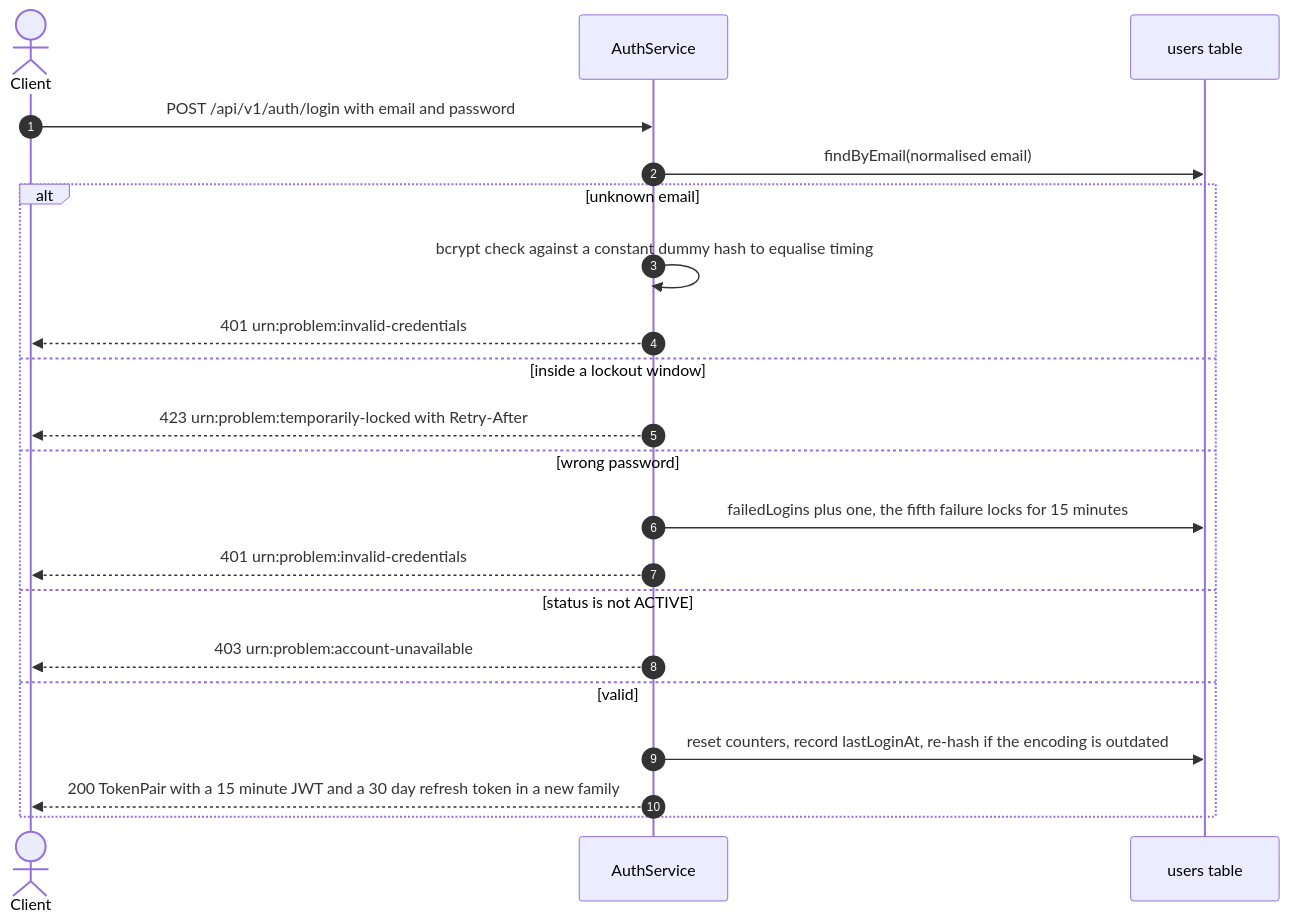
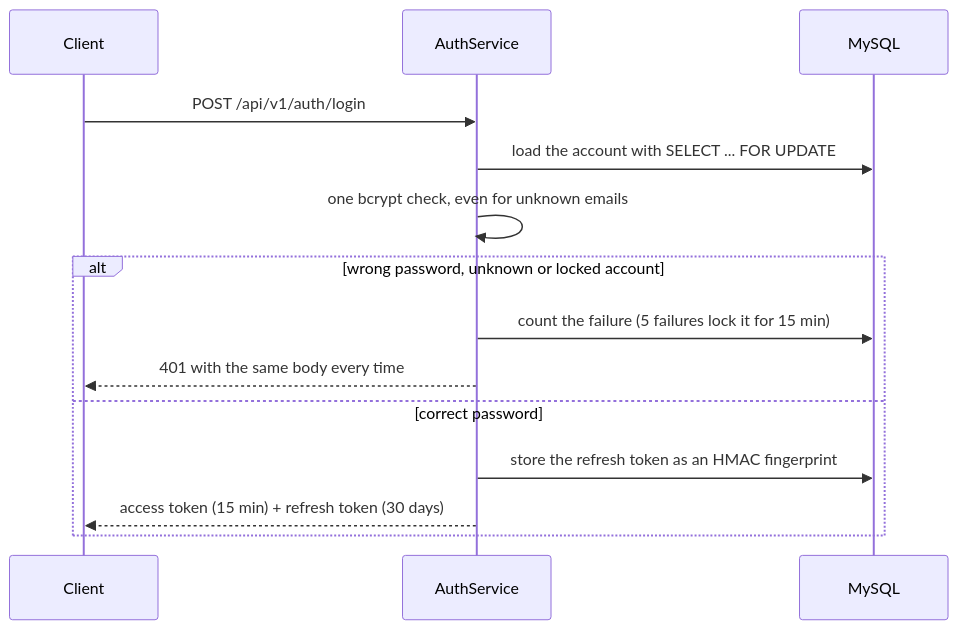
Before and after one commit to krishnapilato/portfolio: the second of 2 diagrams in backend/java/README.md, drawn with Mermaid. The commit also changed other lines of this file and 104 other files, not shown here.

````diff
--- a/backend/java/README.md
+++ b/backend/java/README.md
@@ -256,23 +90,16 @@
 ```mermaid
 sequenceDiagram
-    autonumber
-    actor C as Client
+    participant C as Client
     participant S as AuthService
-    participant DB as users table
-    C->>S: POST /api/v1/auth/login with email and password
-    S->>DB: findByEmail(normalised email)
-    alt unknown email
-        S->>S: bcrypt check against a constant dummy hash to equalise timing
-        S-->>C: 401 urn:problem:invalid-credentials
-    else inside a lockout window
-        S-->>C: 423 urn:problem:temporarily-locked with Retry-After
-    else wrong password
-        S->>DB: failedLogins plus one, the fifth failure locks for 15 minutes
-        S-->>C: 401 urn:problem:invalid-credentials
-    else status is not ACTIVE
-        S-->>C: 403 urn:problem:account-unavailable
-    else valid
-        S->>DB: reset counters, record lastLoginAt, re-hash if the encoding is outdated
-        S-->>C: 200 TokenPair with a 15 minute JWT and a 30 day refresh token in a new family
+    participant D as MySQL
+    C->>S: POST /api/v1/auth/login
+    S->>D: load the account with SELECT ... FOR UPDATE
+    S->>S: one bcrypt check, even for unknown emails
+    alt wrong password, unknown or locked account
+        S->>D: count the failure (5 failures lock it for 15 min)
+        S-->>C: 401 with the same body every time
+    else correct password
+        S->>D: store the refresh token as an HMAC fingerprint
+        S-->>C: access token (15 min) + refresh token (30 days)
     end
 ```
````
